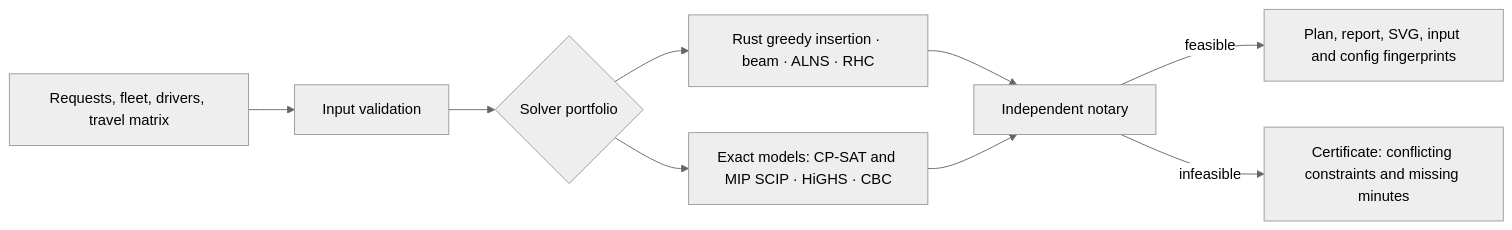
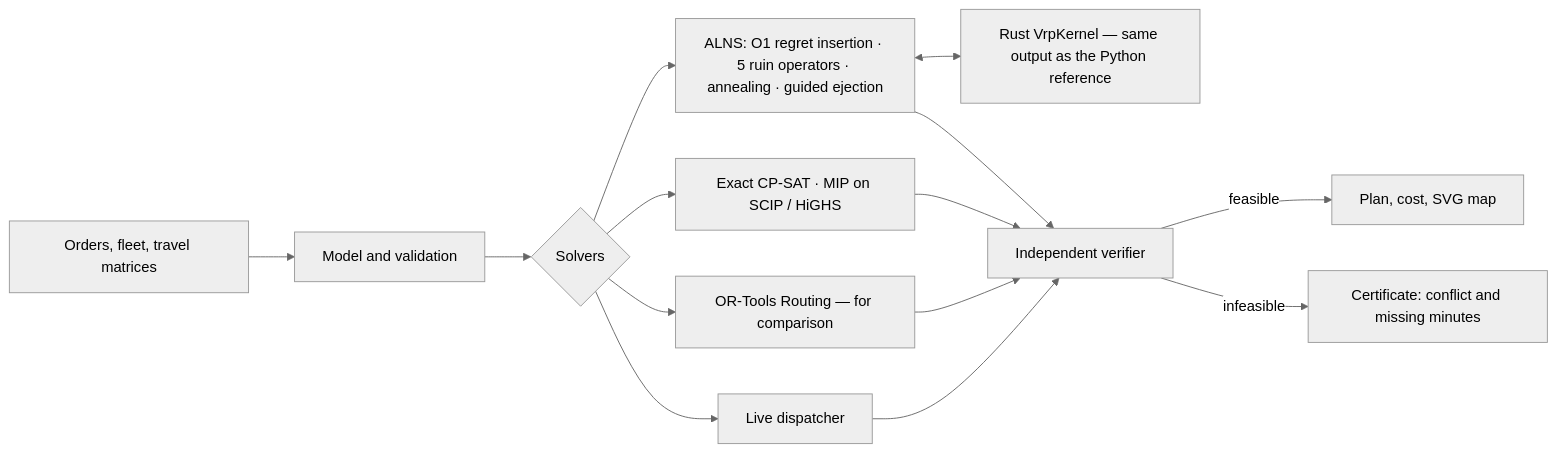
Before and after one commit to KonkovDV/SynAPS-MobiRoute: the diagram in README.en.md, drawn with Mermaid (neutral theme). The commit also changed other lines of this file and 28 other files, not shown here.

````diff
--- a/README.en.md
+++ b/README.en.md
@@ -55,11 +62,16 @@
 ```mermaid
 flowchart LR
-  A[Requests, fleet, drivers, travel matrix] --> B[Input validation]
-  B --> C{Solver portfolio}
-  C --> D[Rust greedy insertion · beam · ALNS · RHC]
-  C --> E[Exact models: CP-SAT and MIP SCIP · HiGHS · CBC]
-  D --> F[Independent notary]
-  E --> F
-  F -->|feasible| G[Plan, report, SVG, input and config fingerprints]
-  F -->|infeasible| H[Certificate: conflicting constraints and missing minutes]
+  A[Orders, fleet, travel matrices] --> B[Model and validation]
+  B --> C{Solvers}
+  C --> D[ALNS: O1 regret insertion · 5 ruin operators · annealing · guided ejection]
+  D <--> K[Rust VrpKernel — same output as the Python reference]
+  C --> E[Exact CP-SAT · MIP on SCIP / HiGHS]
+  C --> O[OR-Tools Routing — for comparison]
+  C --> R[Live dispatcher]
+  D --> V[Independent verifier]
+  E --> V
+  O --> V
+  R --> V
+  V -->|feasible| P[Plan, cost, SVG map]
+  V -->|infeasible| H[Certificate: conflict and missing minutes]
 ```
````
